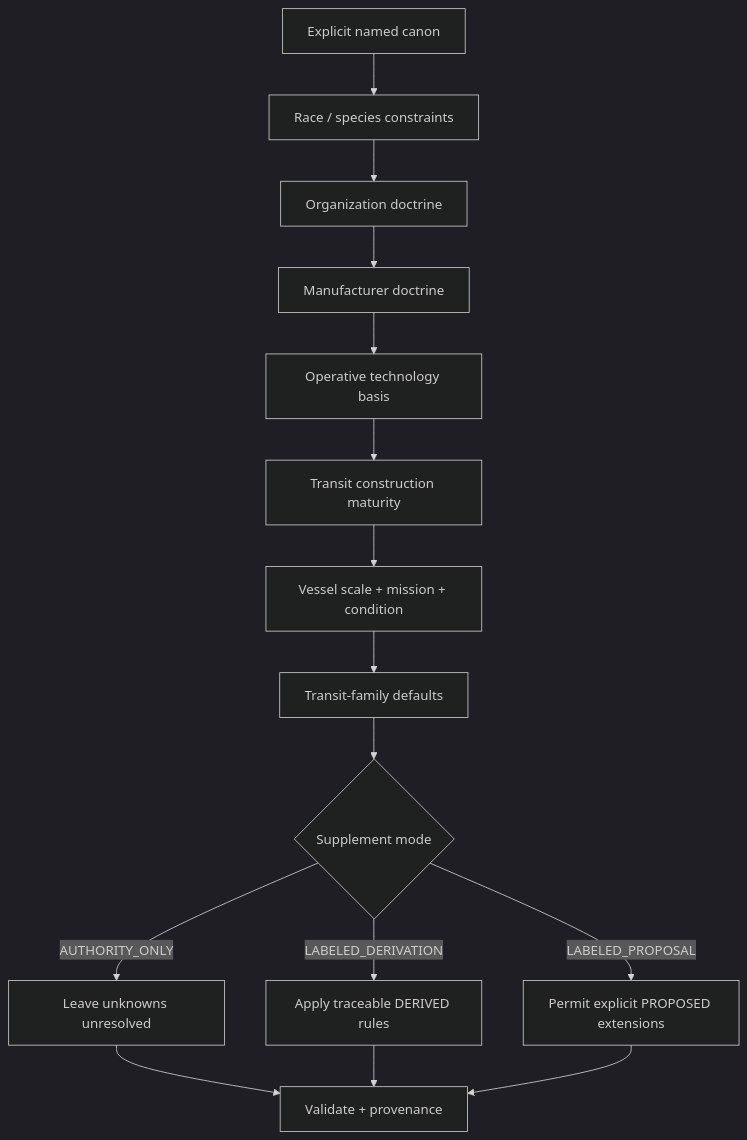
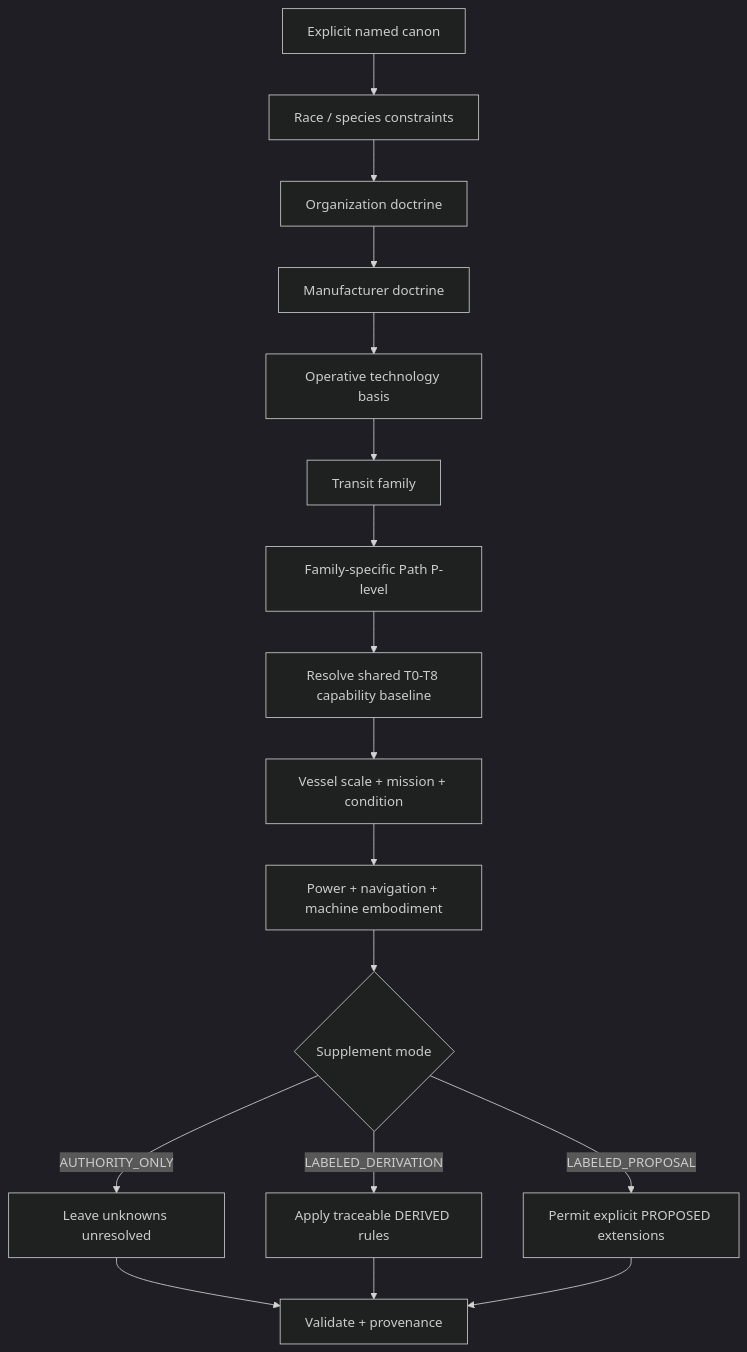
One commit to mrcalzon02/HB-TTRPG-tools changed the first of 7 diagrams in docs/blacklight/PROPULSION_TRANSIT_GENERATOR_REFERENCE.md. Above: the diagram before and after it, drawn with Mermaid (dark theme). The commit also changed other lines of this file, not shown here.

````diff
--- a/docs/blacklight/PROPULSION_TRANSIT_GENERATOR_REFERENCE.md
+++ b/docs/blacklight/PROPULSION_TRANSIT_GENERATOR_REFERENCE.md
@@ -17,17 +17,19 @@
 ```mermaid
 flowchart TD
     A[Explicit named canon] --> B[Race / species constraints]
     B --> C[Organization doctrine]
     C --> D[Manufacturer doctrine]
     D --> E[Operative technology basis]
-    E --> F[Transit construction maturity]
-    F --> G[Vessel scale + mission + condition]
-    G --> H[Transit-family defaults]
-    H --> I{Supplement mode}
-    I -->|AUTHORITY_ONLY| J[Leave unknowns unresolved]
-    I -->|LABELED_DERIVATION| K[Apply traceable DERIVED rules]
-    I -->|LABELED_PROPOSAL| L[Permit explicit PROPOSED extensions]
-    J --> M[Validate + provenance]
-    K --> M
-    L --> M
+    E --> F[Transit family]
+    F --> G[Family-specific Path P-level]
+    G --> H[Resolve shared T0-T8 capability baseline]
+    H --> I[Vessel scale + mission + condition]
+    I --> J[Power + navigation + machine embodiment]
+    J --> K{Supplement mode}
+    K -->|AUTHORITY_ONLY| L[Leave unknowns unresolved]
+    K -->|LABELED_DERIVATION| M[Apply traceable DERIVED rules]
+    K -->|LABELED_PROPOSAL| N[Permit explicit PROPOSED extensions]
+    L --> O[Validate + provenance]
+    M --> O
+    N --> O
 ```
````
